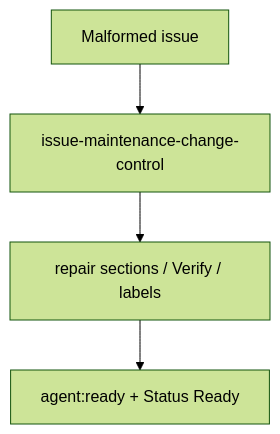
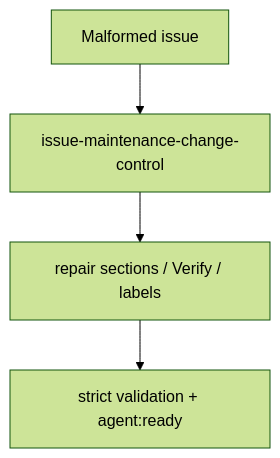
The ninth of 23 diagrams in docs/development/BUILDER_SYSTEM_PROCESS_MAP.md (RasmusTho/agentic-pkm-mvp), drawn with Mermaid (forest theme) before and after one commit. The commit also changed other lines of this file and 20 other files, not shown here.

````diff
--- a/docs/development/BUILDER_SYSTEM_PROCESS_MAP.md
+++ b/docs/development/BUILDER_SYSTEM_PROCESS_MAP.md
@@ -380,6 +385,6 @@
 ```mermaid
 flowchart TD
   MalformedIssue["Malformed issue"] --> Maintenance["issue-maintenance-change-control"]
   Maintenance --> RepairContract["repair sections / Verify / labels"]
-  RepairContract --> Ready["agent:ready + Status Ready"]
+  RepairContract --> Ready["strict validation + agent:ready"]
 ```
````
